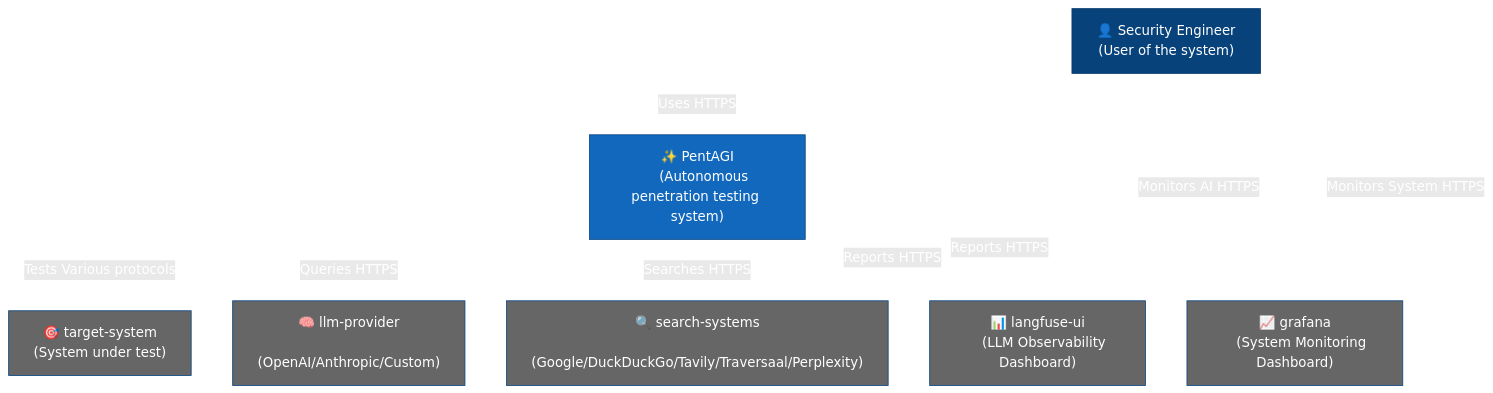
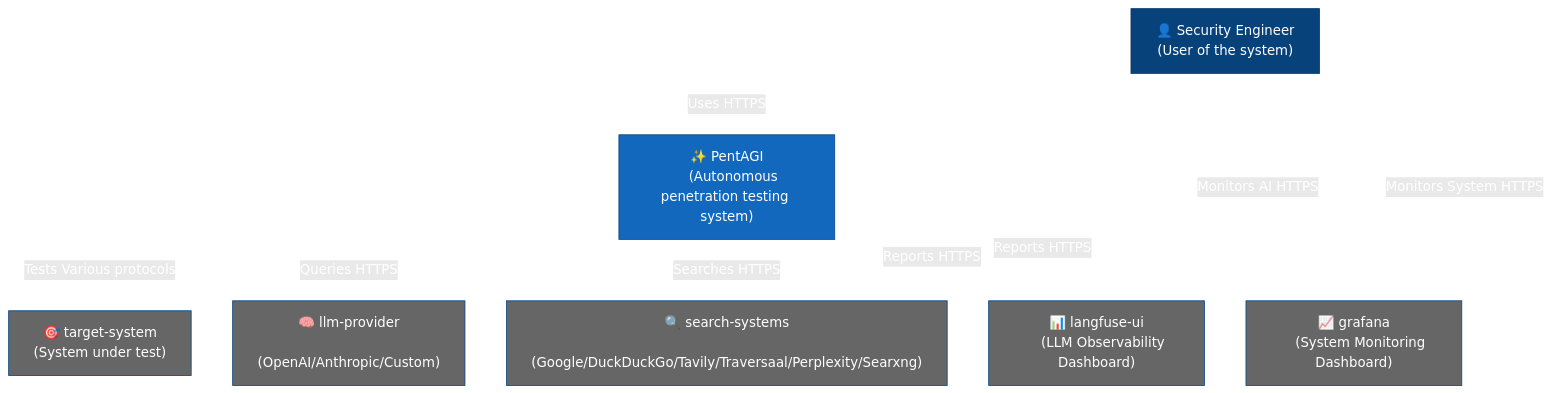
One commit to vxcontrol/pentagi changed the first of 6 diagrams in README.md. Above: the diagram before and after it, drawn with Mermaid. The commit also changed other lines of this file and 13 other files, not shown here.

````diff
--- a/README.md
+++ b/README.md
@@ -60,38 +60,38 @@
 ```mermaid
 flowchart TB
     classDef person fill:#08427B,stroke:#073B6F,color:#fff
     classDef system fill:#1168BD,stroke:#0B4884,color:#fff
     classDef external fill:#666666,stroke:#0B4884,color:#fff
     
     pentester["👤 Security Engineer
     (User of the system)"]
     
     pentagi["✨ PentAGI
     (Autonomous penetration testing system)"]
     
     target["🎯 target-system
     (System under test)"]
     llm["🧠 llm-provider
     (OpenAI/Anthropic/Custom)"]
     search["🔍 search-systems
-    (Google/DuckDuckGo/Tavily/Traversaal/Perplexity)"]
+    (Google/DuckDuckGo/Tavily/Traversaal/Perplexity/Searxng)"]
     langfuse["📊 langfuse-ui
     (LLM Observability Dashboard)"]
     grafana["📈 grafana
     (System Monitoring Dashboard)"]
     
     pentester --> |Uses HTTPS| pentagi
     pentester --> |Monitors AI HTTPS| langfuse
     pentester --> |Monitors System HTTPS| grafana
     pentagi --> |Tests Various protocols| target
     pentagi --> |Queries HTTPS| llm
     pentagi --> |Searches HTTPS| search
     pentagi --> |Reports HTTPS| langfuse
     pentagi --> |Reports HTTPS| grafana
     
     class pentester person
     class pentagi system
     class target,llm,search,langfuse,grafana external
     
     linkStyle default stroke:#ffffff,color:#ffffff
 ```
````
